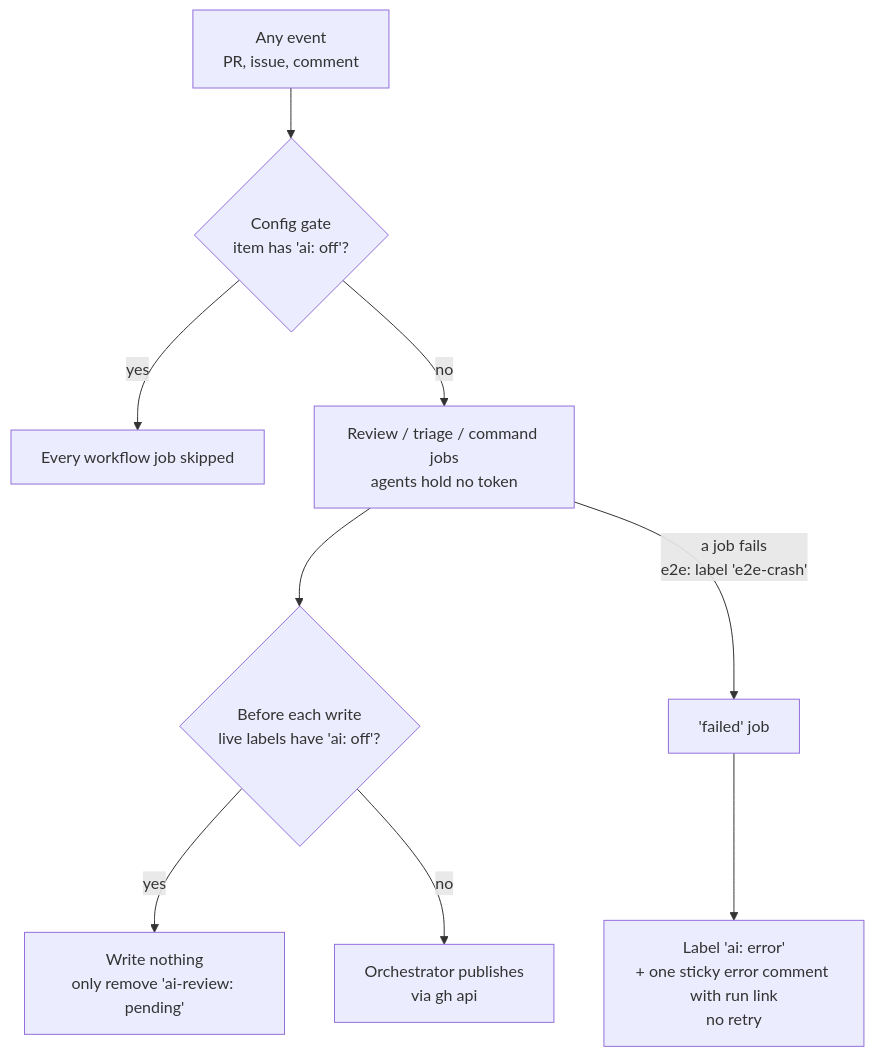
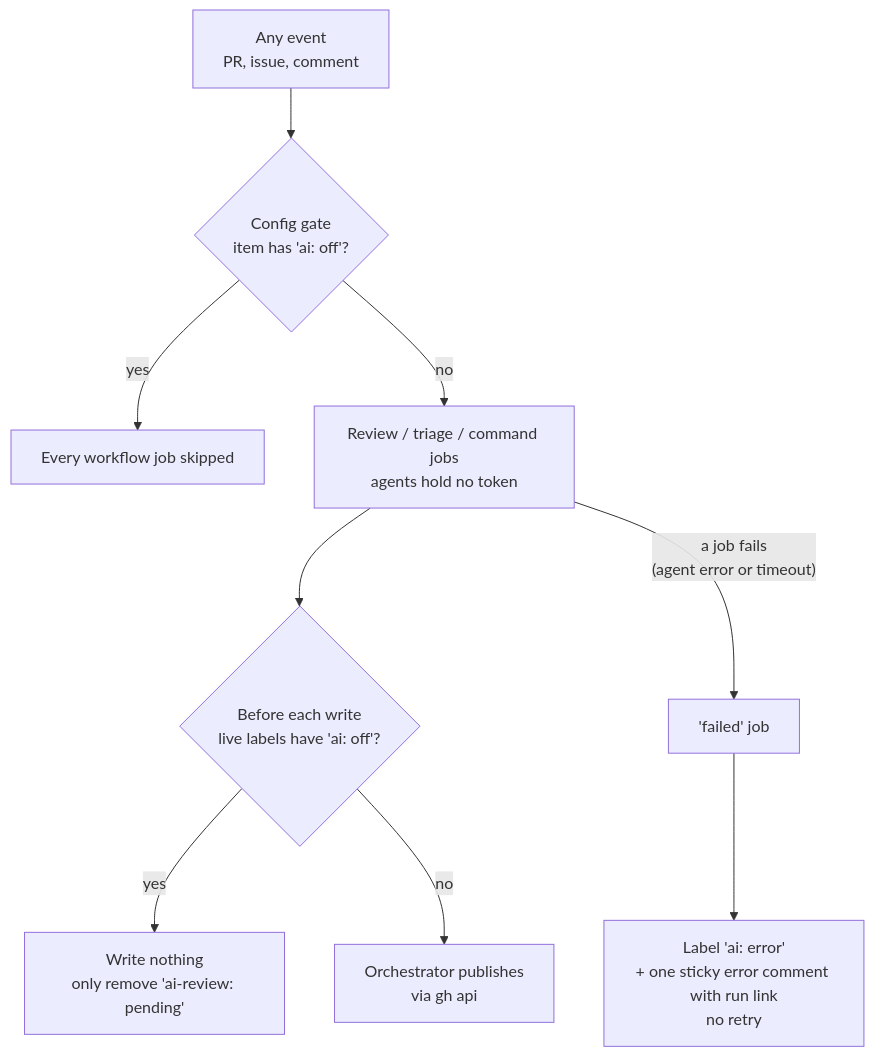
The diagram in docs/diagrams/wp12a.mmd (esciara/ai-workflows), drawn with Mermaid before and after one commit. The commit also changed 12 other files, not shown here.

```diff
--- a/docs/diagrams/wp12a.mmd
+++ b/docs/diagrams/wp12a.mmd
@@ -1,9 +1,9 @@
 flowchart TD
   E["Any event<br/>PR, issue, comment"] --> G{"Config gate<br/>item has 'ai: off'?"}
   G -- yes --> S["Every workflow job skipped"]
   G -- no --> J["Review / triage / command jobs<br/>agents hold no token"]
   J --> W{"Before each write<br/>live labels have 'ai: off'?"}
   W -- yes --> N["Write nothing<br/>only remove 'ai-review: pending'"]
   W -- no --> P["Orchestrator publishes<br/>via gh api"]
-  J -- "a job fails<br/>e2e: label 'e2e-crash'" --> F["'failed' job"]
+  J -- "a job fails<br/>(agent error or timeout)" --> F["'failed' job"]
   F --> R["Label 'ai: error'<br/>+ one sticky error comment with run link<br/>no retry"]
```
